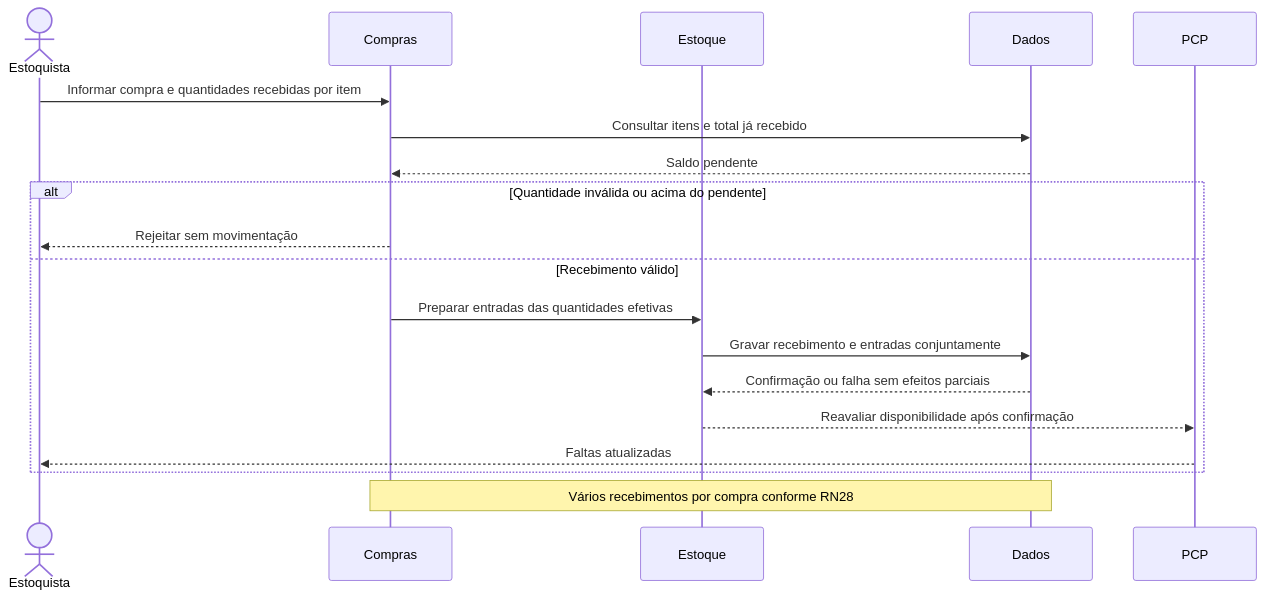
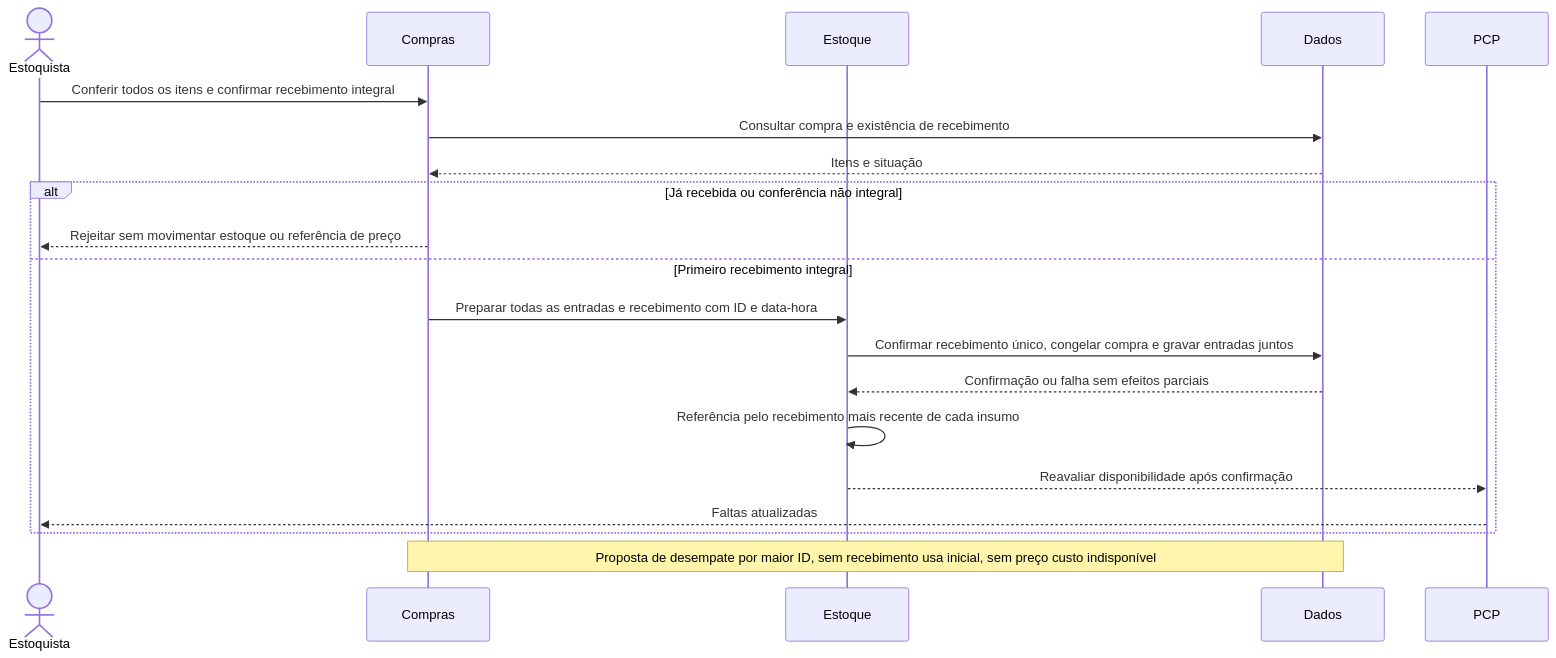
Before and after one commit to edumoreira7/TCC---Gestao-Integrada: the third of 7 diagrams in docs/03-modelagem/sequencia/README.md, drawn with Mermaid. The commit also changed other lines of this file and 74 other files, not shown here.

````diff
--- a/docs/03-modelagem/sequencia/README.md
+++ b/docs/03-modelagem/sequencia/README.md
@@ -49,21 +51,22 @@
 ```mermaid
 sequenceDiagram
     actor Estoquista
     participant Compras
     participant Estoque
     participant Dados
     participant PCP
-    Estoquista->>Compras: Informar compra e quantidades recebidas por item
-    Compras->>Dados: Consultar itens e total já recebido
-    Dados-->>Compras: Saldo pendente
-    alt Quantidade inválida ou acima do pendente
-        Compras-->>Estoquista: Rejeitar sem movimentação
-    else Recebimento válido
-        Compras->>Estoque: Preparar entradas das quantidades efetivas
-        Estoque->>Dados: Gravar recebimento e entradas conjuntamente
+    Estoquista->>Compras: Conferir todos os itens e confirmar recebimento integral
+    Compras->>Dados: Consultar compra e existência de recebimento
+    Dados-->>Compras: Itens e situação
+    alt Já recebida ou conferência não integral
+        Compras-->>Estoquista: Rejeitar sem movimentar estoque ou referência de preço
+    else Primeiro recebimento integral
+        Compras->>Estoque: Preparar todas as entradas e recebimento com ID e data-hora
+        Estoque->>Dados: Confirmar recebimento único, congelar compra e gravar entradas juntos
         Dados-->>Estoque: Confirmação ou falha sem efeitos parciais
+        Estoque->>Estoque: Referência pelo recebimento mais recente de cada insumo
         Estoque-->>PCP: Reavaliar disponibilidade após confirmação
         PCP-->>Estoquista: Faltas atualizadas
     end
-    Note over Compras,Dados: Vários recebimentos por compra conforme RN28
+    Note over Compras,Dados: Proposta de desempate por maior ID, sem recebimento usa inicial, sem preço custo indisponível
 ```
````
